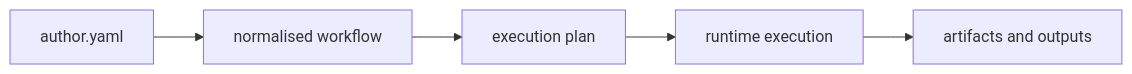
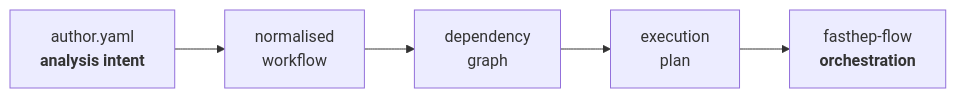
Before and after one commit to FAST-HEP/fast-hep.github.io: the first of 2 diagrams in content/concepts/workflow-language.md, drawn with Mermaid. The commit also changed other lines of this file and 11 other files, not shown here.

````diff
--- a/content/concepts/workflow-language.md
+++ b/content/concepts/workflow-language.md
@@ -71,14 +13,10 @@
 ```mermaid
 flowchart LR
+    Author["author.yaml<br/><b>analysis intent</b>"]
+    Normalised["normalised<br/>workflow"]
+    Graph["dependency<br/>graph"]
+    Plan["execution<br/>plan"]
+    Flow["fasthep-flow<br/><b>orchestration</b>"]
 
-    Author["author.yaml"]
-    Normalised["normalised workflow"]
-    Plan["execution plan"]
-    Runtime["runtime execution"]
-    Artifacts["artifacts and outputs"]
-
-    Author --> Normalised
-    Normalised --> Plan
-    Plan --> Runtime
-    Runtime --> Artifacts
+    Author --> Normalised --> Graph --> Plan --> Flow
 ```
````
